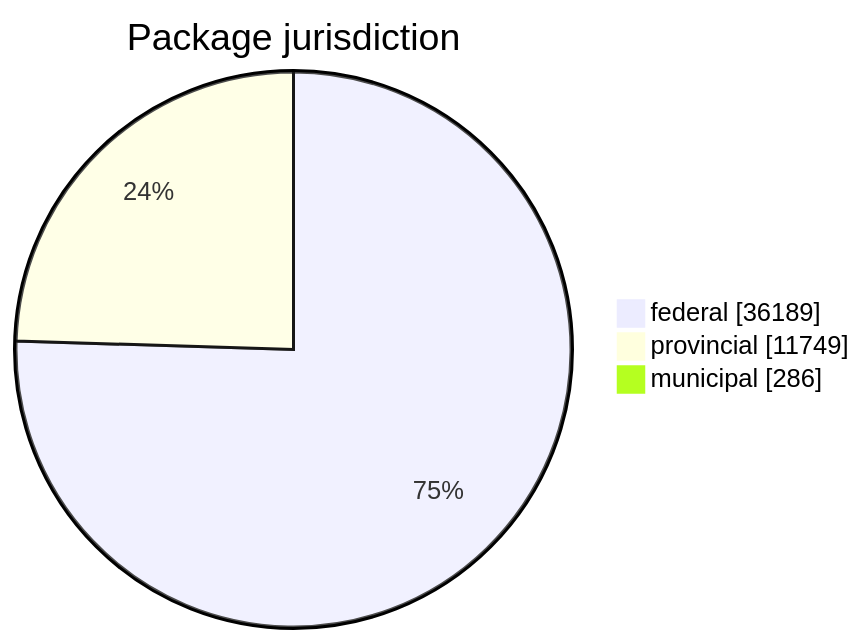
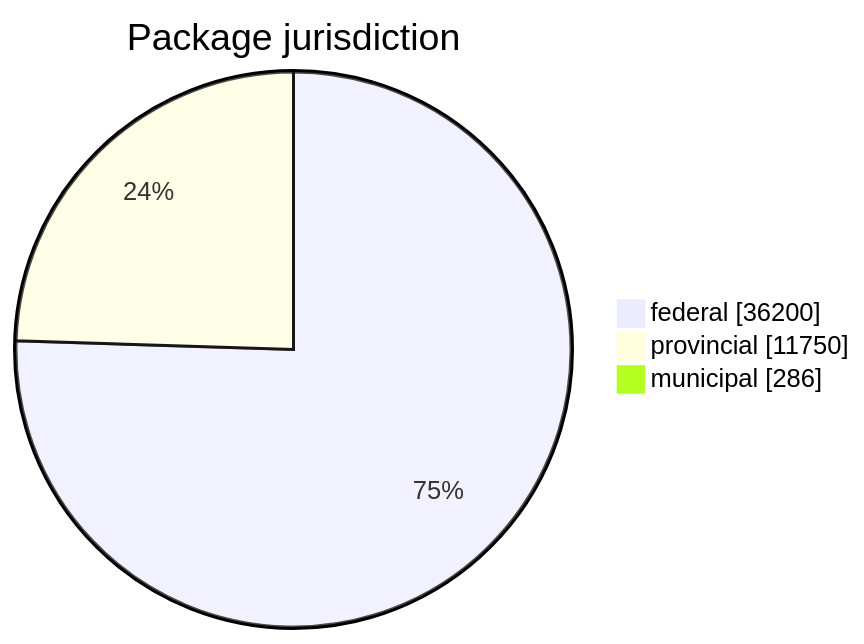
One commit to open-data/analytics-corporate-reporting changed the first of 5 diagrams in FreshCheck/README.md. Above: the diagram before and after it, drawn with Mermaid. The commit also changed other lines of this file and 3 other files, not shown here.

````diff
--- a/FreshCheck/README.md
+++ b/FreshCheck/README.md
@@ -60,6 +60,6 @@
 ```mermaid
 pie showData title Package jurisdiction
-    "federal": 36189
-    "provincial": 11749
+    "federal": 36200
+    "provincial": 11750
     "municipal": 286
 ```
````
